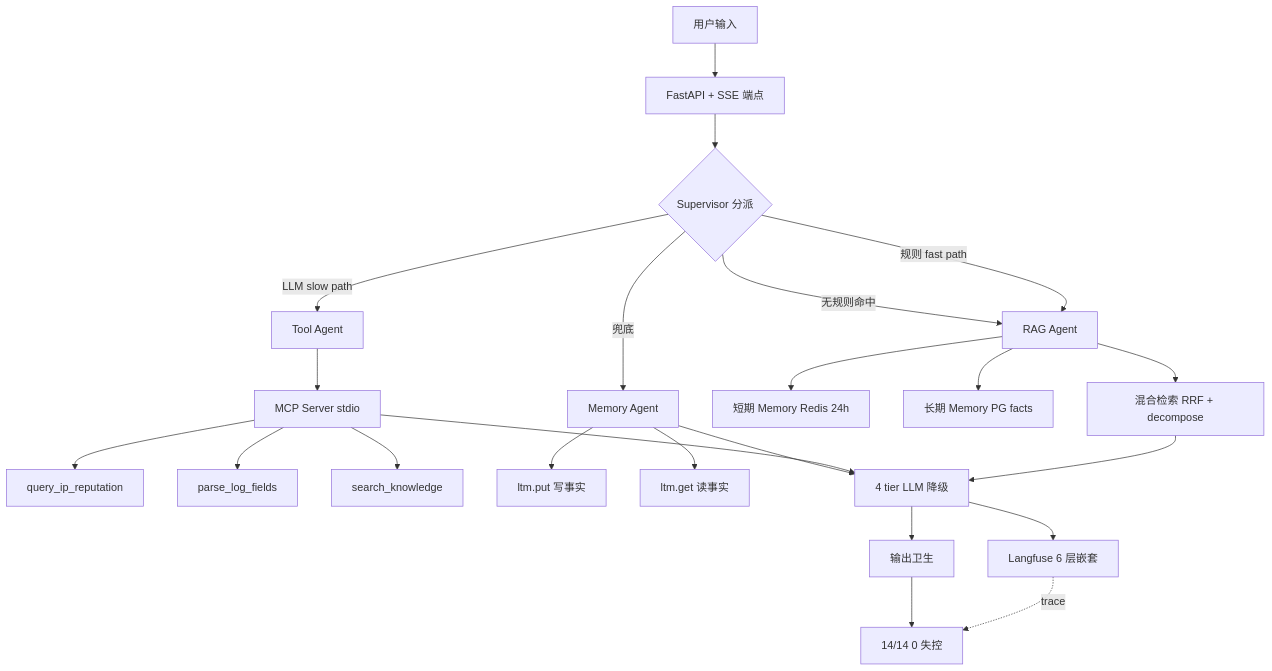
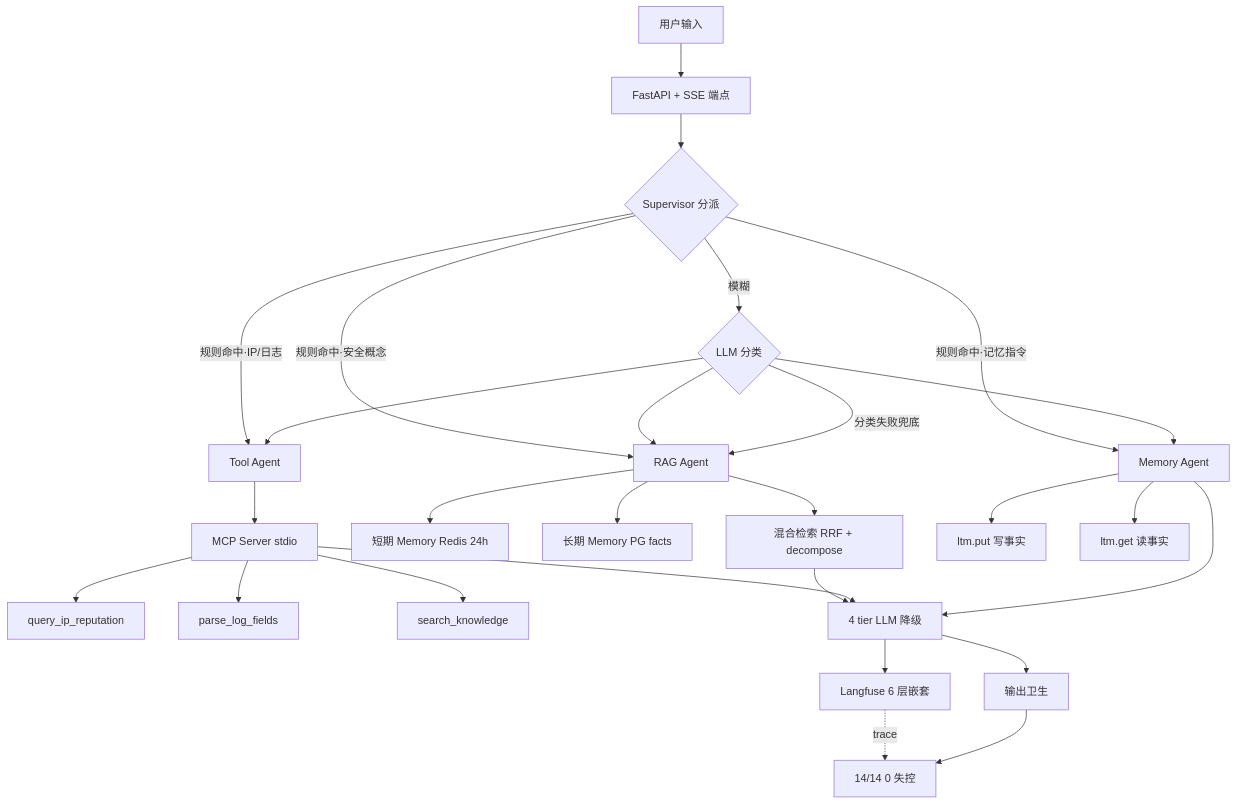
The first of 3 diagrams in README.md (sec-8/secops-copilot), drawn with Mermaid before and after one commit. The commit also changed 3 other files, not shown here.

````diff
--- a/README.md
+++ b/README.md
@@ -63,25 +63,29 @@
 ```mermaid
 graph TB
     A[用户输入] --> B[FastAPI + SSE 端点]
     B --> C{Supervisor 分派}
-    C -->|规则 fast path| D1[RAG Agent]
-    C -->|LLM slow path| D2[Tool Agent]
-    C -->|兜底| D3[Memory Agent]
-    C -->|无规则命中| D1
+    C -->|规则命中·IP/日志| D2[Tool Agent]
+    C -->|规则命中·记忆指令| D3[Memory Agent]
+    C -->|规则命中·安全概念| D1[RAG Agent]
+    C -->|模糊| L{LLM 分类}
+    L --> D1
+    L --> D2
+    L --> D3
+    L -->|分类失败兜底| D1
     D1 --> E1[混合检索 RRF + decompose]
     D1 --> E2[短期 Memory Redis 24h]
     D1 --> E3[长期 Memory PG facts]
     D2 --> F1[MCP Server stdio]
     F1 --> F2[query_ip_reputation]
     F1 --> F3[parse_log_fields]
     F1 --> F4[search_knowledge]
     D3 --> G1[ltm.put 写事实]
     D3 --> G2[ltm.get 读事实]
     E1 --> H[4 tier LLM 降级]
     F1 --> H
     D3 --> H
     H --> I[Langfuse 6 层嵌套]
     H --> J[输出卫生]
     I -.trace.-> K[14/14 0 失控]
     J --> K
 ```
````
